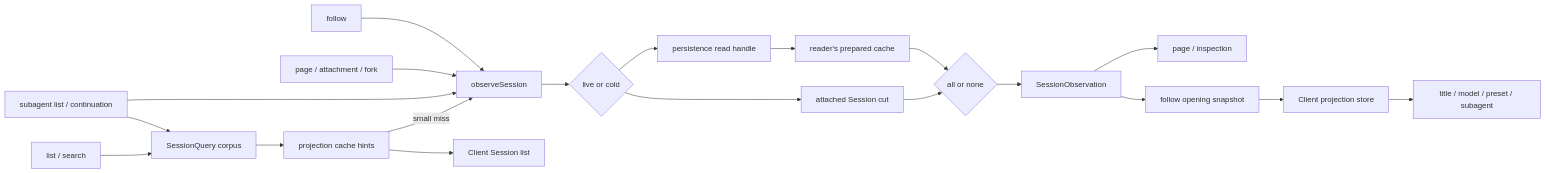
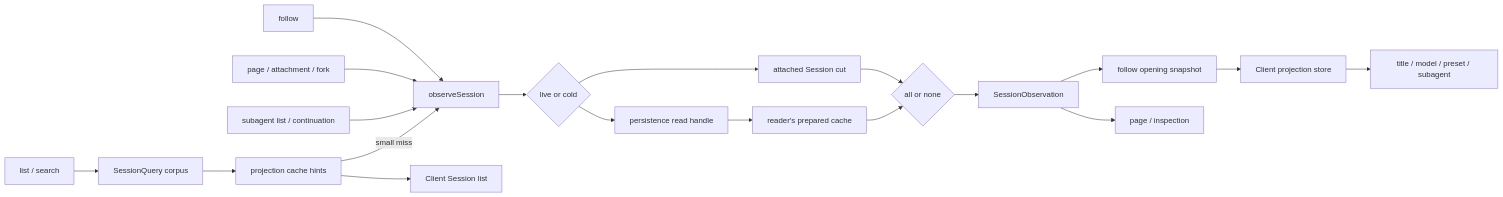
Before and after one commit to guojiaxian/deepseek-harness-WTAgent: the diagram in .agents/notes/implemented/architecture/2026-08-25-session-observations-and-projection-owned-client-state.md, drawn with Mermaid. The commit also changed other lines of this file and 86 other files, not shown here.

````diff
--- a/.agents/notes/implemented/architecture/2026-08-25-session-observations-and-projection-owned-client-state.md
+++ b/.agents/notes/implemented/architecture/2026-08-25-session-observations-and-projection-owned-client-state.md
@@ -23,22 +23,21 @@
 ```mermaid
 flowchart LR
   List["list / search"] --> Corpus["SessionQuery corpus"]
   Follow["follow"] --> Observe["observeSession"]
   Page["page / attachment / fork"] --> Observe
-  Subagent["subagent list / continuation"] --> Corpus
-  Subagent --> Observe
+  Subagent["subagent list / continuation"] --> Observe
   Corpus --> Cache["projection cache hints"]
   Cache --> ClientList["Client Session list"]
   Cache -->|"small miss"| Observe
   Observe --> Source{"live or cold"}
   Source --> Live["attached Session cut"]
   Source --> Borrow["persistence read handle"]
   Borrow --> Prepared["reader's prepared cache"]
   Live --> Mode{"all or none"}
   Prepared --> Mode
   Mode --> Snapshot["SessionObservation"]
   Snapshot --> Opening["follow opening snapshot"]
   Snapshot --> Read["page / inspection"]
   Opening --> Store["Client projection store"]
   Store --> Domain["title / model / preset / subagent"]
 ```
````
